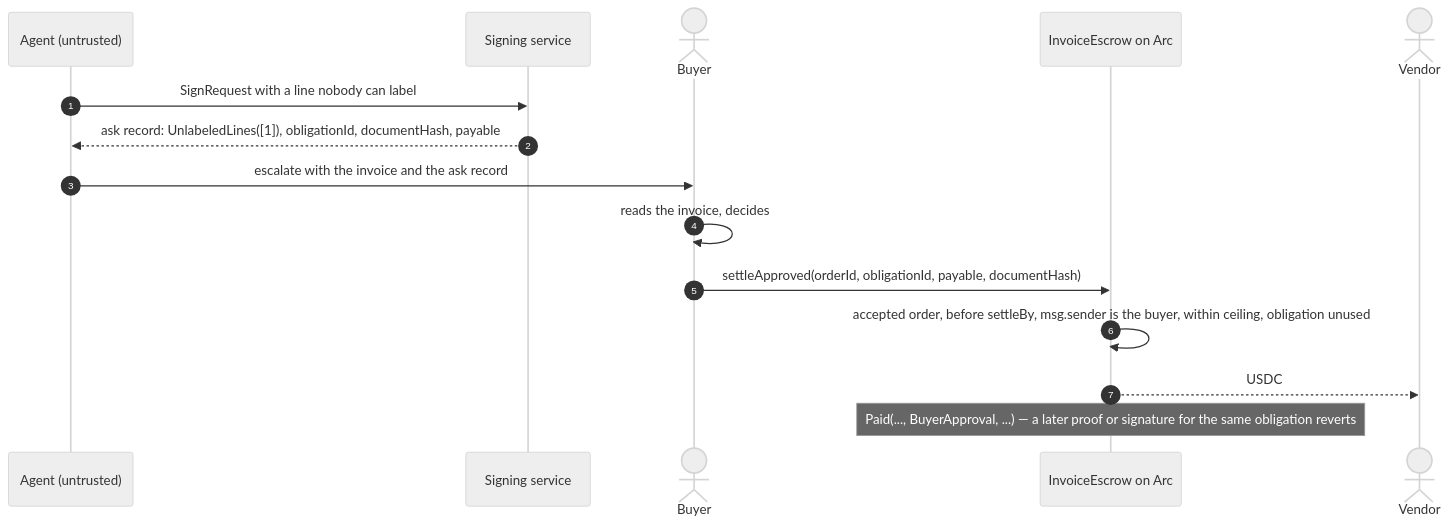
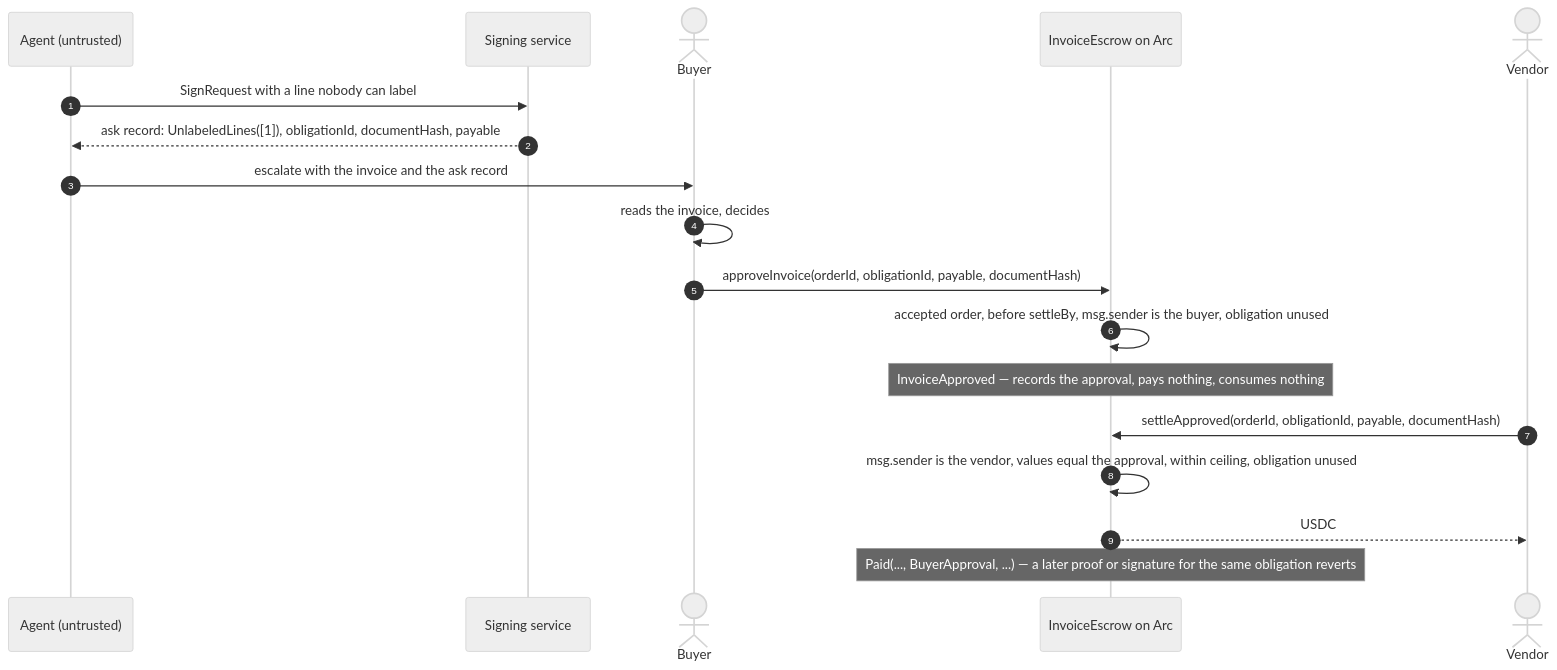
One commit to mnemonik-xyz/policy-execution changed the second of 2 diagrams in invoice-escrow.md. Above: the diagram before and after it, drawn with Mermaid (neutral theme). The commit also changed other lines of this file and 7 other files, not shown here.

First line of the commit message:
InvoiceEscrow: buyer approval needs the vendor's acceptance (#78)

````diff
--- a/invoice-escrow.md
+++ b/invoice-escrow.md
@@ -154,17 +160,20 @@
 ```mermaid
 sequenceDiagram
     autonumber
     participant Agent as Agent (untrusted)
     participant Service as Signing service
     actor Buyer
     participant Chain as InvoiceEscrow on Arc
     actor Vendor
     Agent->>Service: SignRequest with a line nobody can label
     Service-->>Agent: ask record: UnlabeledLines([1]), obligationId, documentHash, payable
     Agent->>Buyer: escalate with the invoice and the ask record
     Buyer->>Buyer: reads the invoice, decides
-    Buyer->>Chain: settleApproved(orderId, obligationId, payable, documentHash)
-    Chain->>Chain: accepted order, before settleBy, msg.sender is the buyer, within ceiling, obligation unused
+    Buyer->>Chain: approveInvoice(orderId, obligationId, payable, documentHash)
+    Chain->>Chain: accepted order, before settleBy, msg.sender is the buyer, obligation unused
+    Note over Chain: InvoiceApproved — records the approval, pays nothing, consumes nothing
+    Vendor->>Chain: settleApproved(orderId, obligationId, payable, documentHash)
+    Chain->>Chain: msg.sender is the vendor, values equal the approval, within ceiling, obligation unused
     Chain-->>Vendor: USDC
     Note over Chain: Paid(..., BuyerApproval, ...) — a later proof or signature for the same obligation reverts
 ```
````
